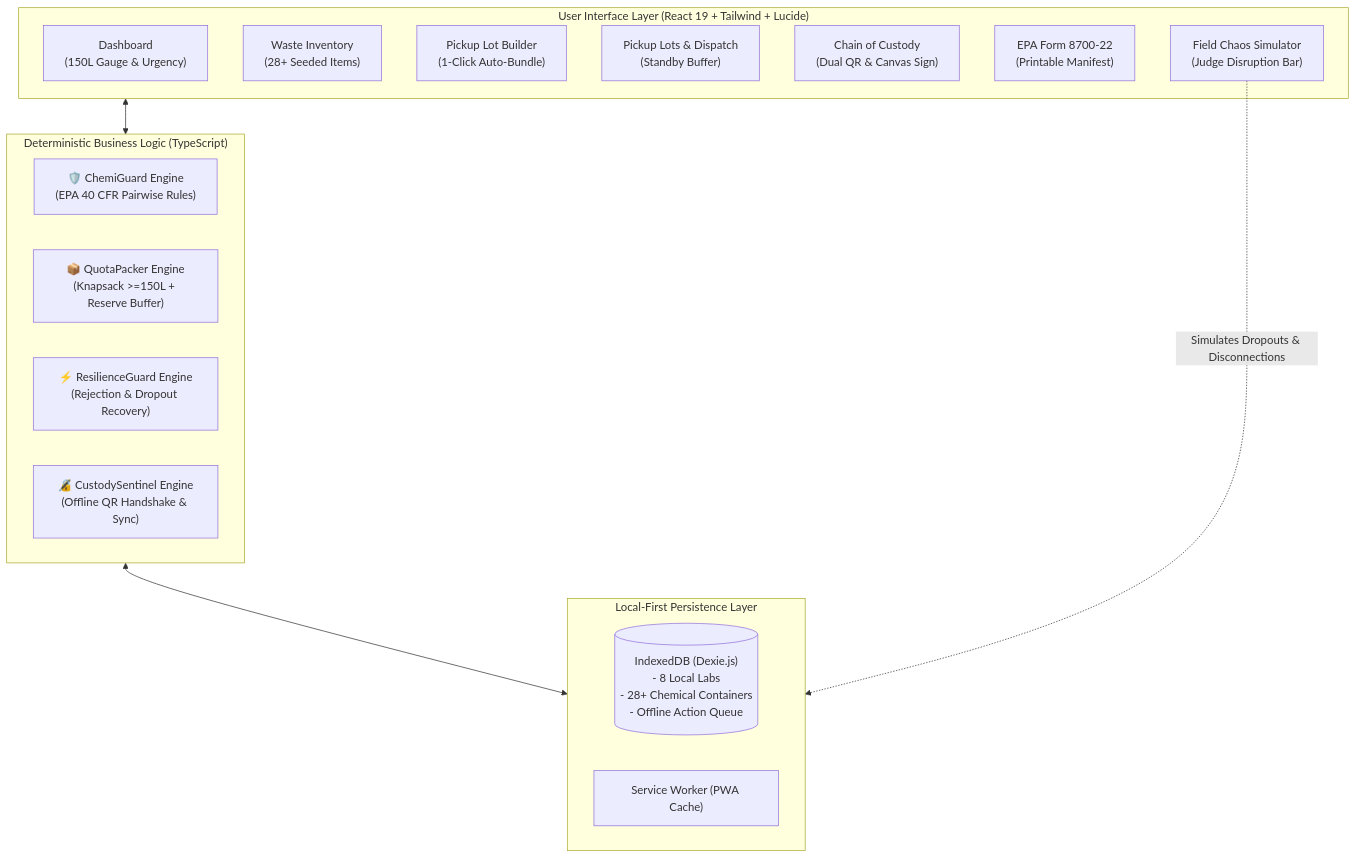
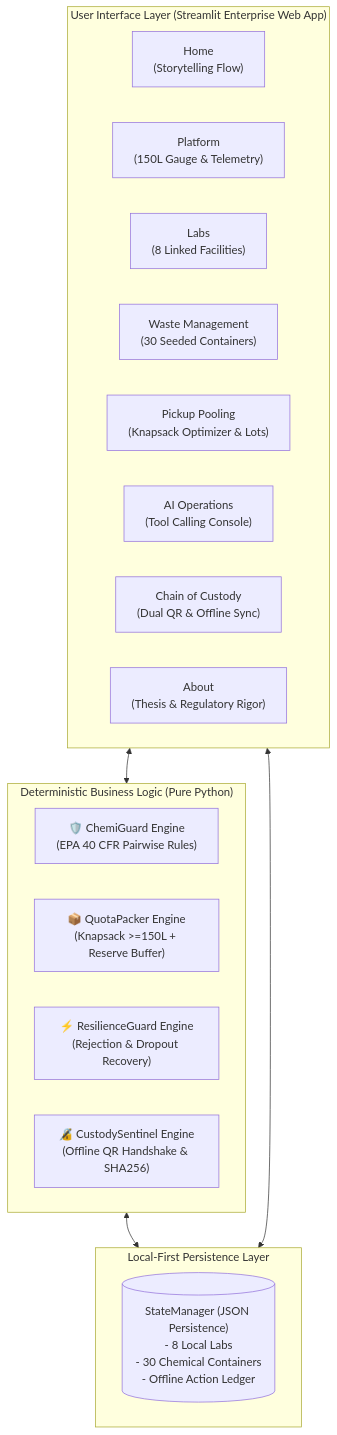
The diagram in README.md (ShathaVarsha/HazardHub), drawn with Mermaid before and after one commit. The commit also changed other lines of this file and 100 other files, not shown here.

````diff
--- a/README.md
+++ b/README.md
@@ -36,28 +35,28 @@
 ```mermaid
 flowchart TB
-    subgraph UI ["User Interface Layer (React 19 + Tailwind + Lucide)"]
-        Dash["Dashboard\n(150L Gauge & Urgency)"]
-        Inv["Waste Inventory\n(28+ Seeded Items)"]
-        Builder["Pickup Lot Builder\n(1-Click Auto-Bundle)"]
-        Lots["Pickup Lots & Dispatch\n(Standby Buffer)"]
-        Custody["Chain of Custody\n(Dual QR & Canvas Sign)"]
-        Manifest["EPA Form 8700-22\n(Printable Manifest)"]
-        Dock["Field Chaos Simulator\n(Judge Disruption Bar)"]
+    subgraph UI ["User Interface Layer (Streamlit Enterprise Web App)"]
+        Home["Home\n(Storytelling Flow)"]
+        Plat["Platform\n(150L Gauge & Telemetry)"]
+        Labs["Labs\n(8 Linked Facilities)"]
+        Waste["Waste Management\n(30 Seeded Containers)"]
+        Pool["Pickup Pooling\n(Knapsack Optimizer & Lots)"]
+        Agent["AI Operations\n(Tool Calling Console)"]
+        Custody["Chain of Custody\n(Dual QR & Offline Sync)"]
+        About["About\n(Thesis & Regulatory Rigor)"]
     end
 
-    subgraph Engines ["Deterministic Business Logic (TypeScript)"]
+    subgraph Engines ["Deterministic Business Logic (Pure Python)"]
         ChemiGuard["🛡️ ChemiGuard Engine\n(EPA 40 CFR Pairwise Rules)"]
         QuotaPacker["📦 QuotaPacker Engine\n(Knapsack >=150L + Reserve Buffer)"]
         ResilienceGuard["⚡ ResilienceGuard Engine\n(Rejection & Dropout Recovery)"]
-        CustodySentinel["🔏 CustodySentinel Engine\n(Offline QR Handshake & Sync)"]
+        CustodySentinel["🔏 CustodySentinel Engine\n(Offline QR Handshake & SHA256)"]
     end
 
     subgraph Storage ["Local-First Persistence Layer"]
-        DB[("IndexedDB (Dexie.js)\n- 8 Local Labs\n- 28+ Chemical Containers\n- Offline Action Queue")]
-        SW["Service Worker (PWA Cache)"]
+        DB[("StateManager (JSON Persistence)\n- 8 Local Labs\n- 30 Chemical Containers\n- Offline Action Ledger")]
     end
 
     UI <--> Engines
     Engines <--> Storage
-    Dock -.->|Simulates Dropouts & Disconnections| Storage
+    UI <--> Storage
 ```
````
